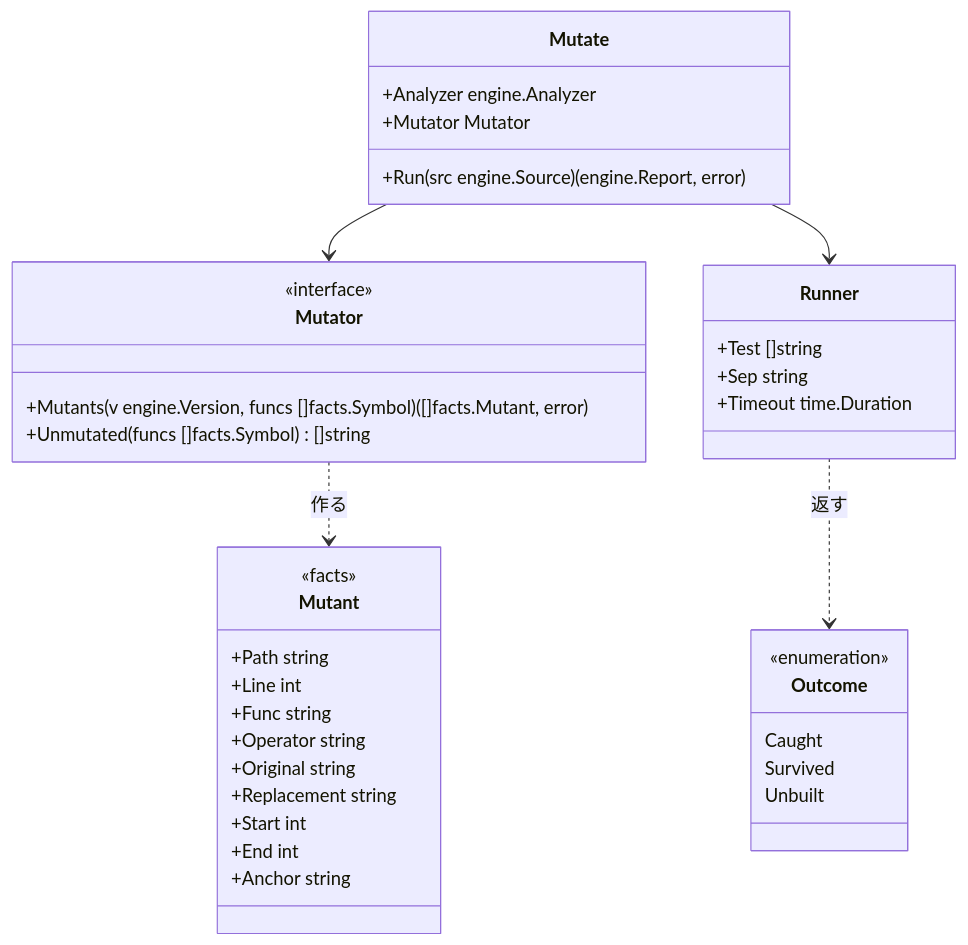
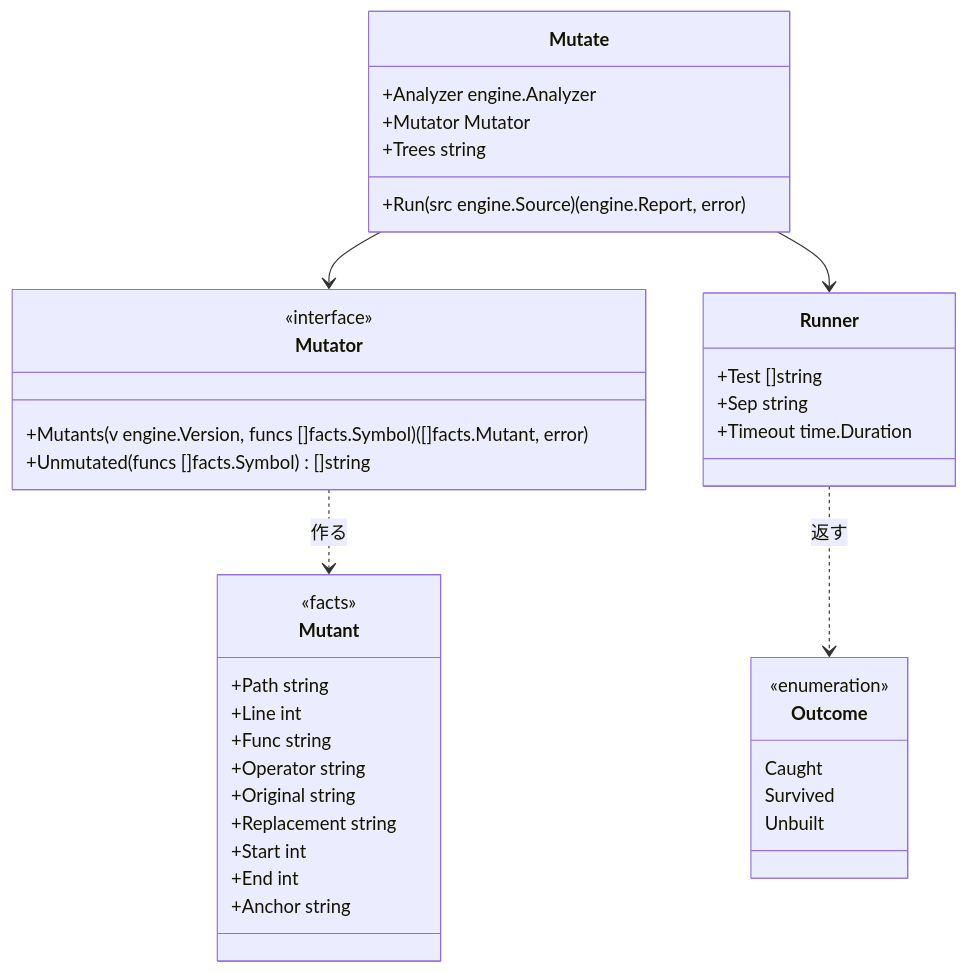
Before and after one commit to rerorets/hadome: the second of 3 diagrams in docs/design/mutation.ja.md, drawn with Mermaid. The commit also changed other lines of this file and 19 other files, not shown here.

````diff
--- a/docs/design/mutation.ja.md
+++ b/docs/design/mutation.ja.md
@@ -90,40 +90,41 @@
 ```mermaid
 classDiagram
   class Mutant {
     <<facts>>
     +Path string
     +Line int
     +Func string
     +Operator string
     +Original string
     +Replacement string
     +Start int
     +End int
     +Anchor string
   }
   class Mutator {
     <<interface>>
     +Mutants(v engine.Version, funcs []facts.Symbol) ([]facts.Mutant, error)
     +Unmutated(funcs []facts.Symbol) []string
   }
   class Mutate {
     +Analyzer engine.Analyzer
     +Mutator Mutator
+    +Trees string
     +Run(src engine.Source) (engine.Report, error)
   }
   class Runner {
     +Test []string
     +Sep string
     +Timeout time.Duration
   }
   class Outcome {
     <<enumeration>>
     Caught
     Survived
     Unbuilt
   }
   Mutator ..> Mutant : 作る
   Mutate --> Mutator
   Mutate --> Runner
   Runner ..> Outcome : 返す
 ```
````
